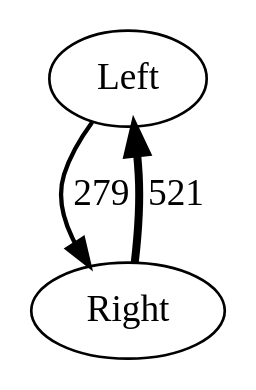
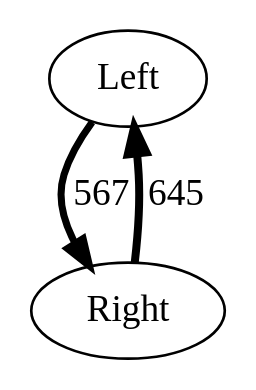
Before and after one commit to nicolkraus/AnalyzeBehavior: the diagram in images/interactions.gv, drawn with Graphviz. The commit also changed 12 other files, not shown here.

```diff
--- a/images/interactions.gv
+++ b/images/interactions.gv
@@ -1,6 +1,6 @@
 strict digraph  {
 Left;
 Right;
-Left -> Right  [label=279, penwidth="1.6065259117082533"];
-Right -> Left  [label=521, penwidth="3.0"];
+Left -> Right  [label=567, penwidth="2.6372093023255814"];
+Right -> Left  [label=645, penwidth="3.0"];
 }
```
